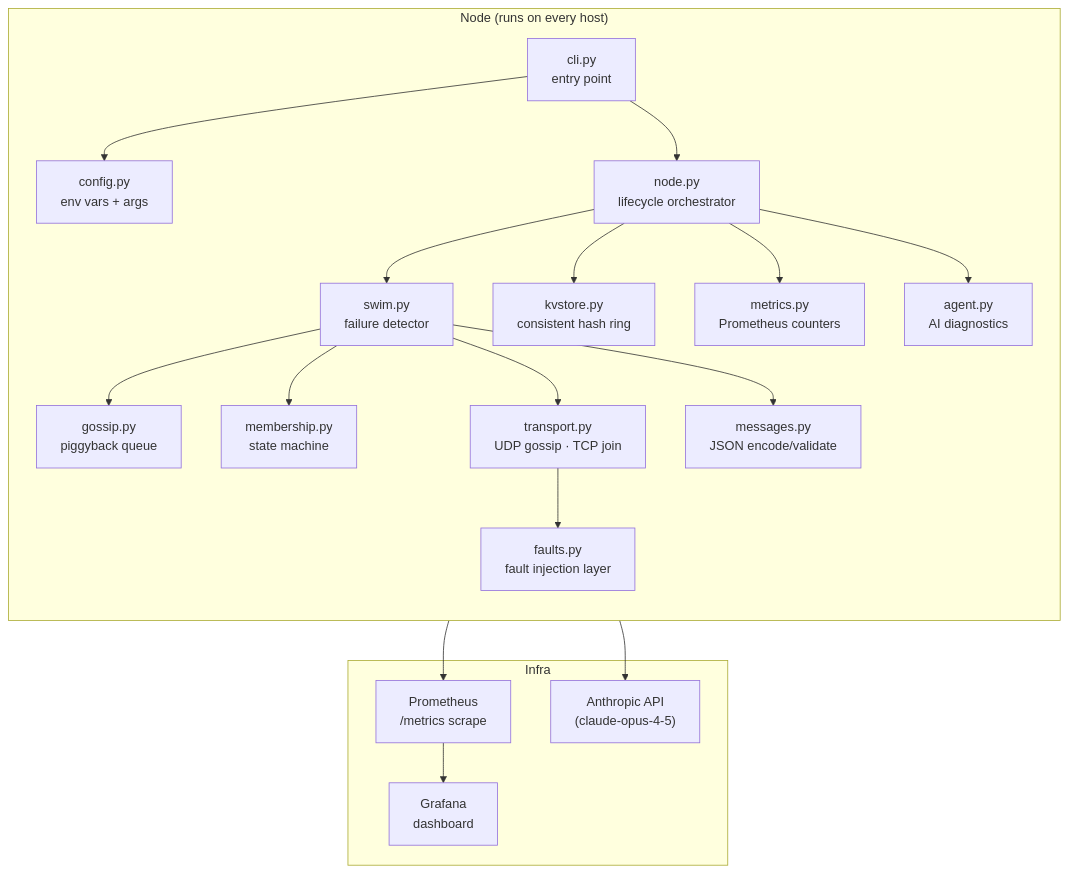
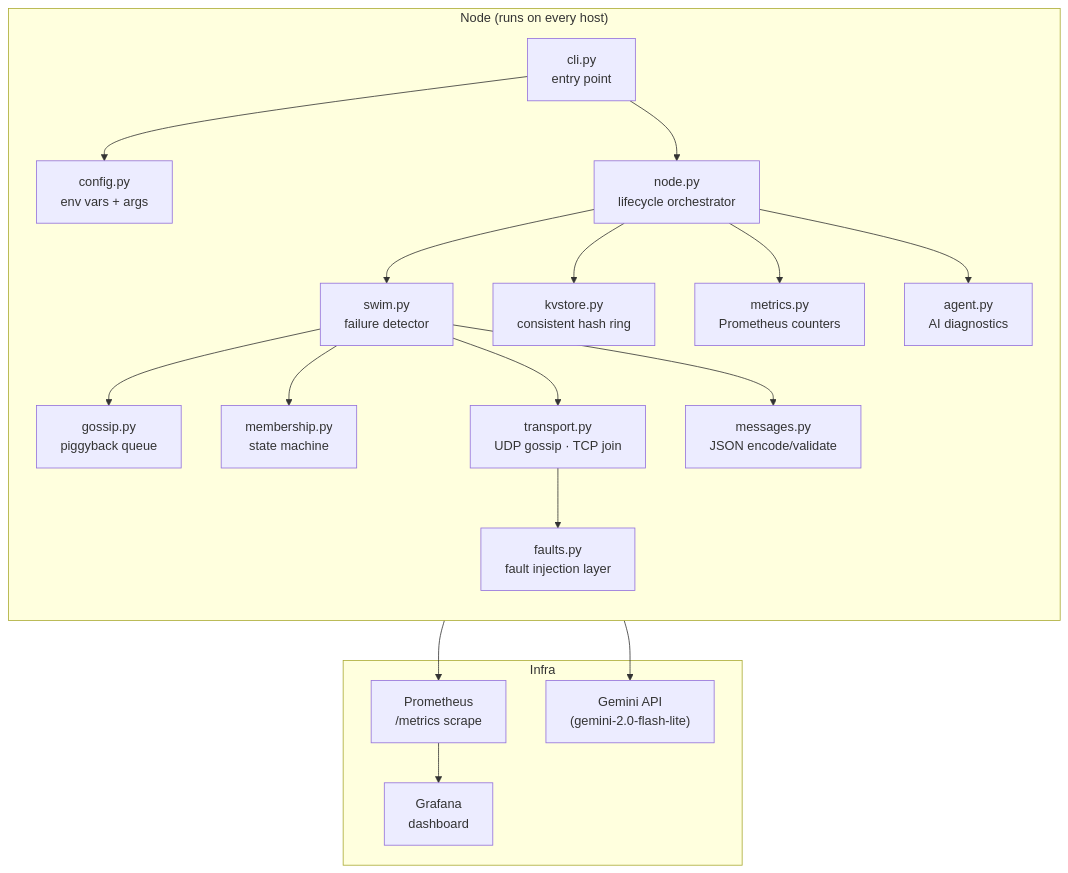
One commit to sayan23bcy6/SwimCluster changed the diagram in README.md. Above: the diagram before and after it, drawn with Mermaid. The commit also changed other lines of this file and 4 other files, not shown here.

````diff
--- a/README.md
+++ b/README.md
@@ -12,39 +12,39 @@
 ```mermaid
 flowchart TD
     subgraph Node["Node (runs on every host)"]
         direction TB
         CLI["cli.py\nentry point"]
         CFG["config.py\nenv vars + args"]
         NODE["node.py\nlifecycle orchestrator"]
         SWIM["swim.py\nfailure detector"]
         GOSSIP["gossip.py\npiggyback queue"]
         MEMBER["membership.py\nstate machine"]
         TRANSPORT["transport.py\nUDP gossip · TCP join"]
         FAULTS["faults.py\nfault injection layer"]
         KV["kvstore.py\nconsistent hash ring"]
         METRICS["metrics.py\nPrometheus counters"]
         AGENT["agent.py\nAI diagnostics"]
         MSG["messages.py\nJSON encode/validate"]
     end
 
     CLI --> CFG
     CLI --> NODE
     NODE --> SWIM
     NODE --> KV
     NODE --> METRICS
     SWIM --> GOSSIP
     SWIM --> MEMBER
     SWIM --> TRANSPORT
     SWIM --> MSG
     TRANSPORT --> FAULTS
     NODE --> AGENT
 
     subgraph Infra
         PROM["Prometheus\n/metrics scrape"]
         GRAF["Grafana\ndashboard"]
-        LLM["Anthropic API\n(claude-opus-4-5)"]
+        LLM["Gemini API\n(gemini-2.0-flash-lite)"]
     end
 
     METRICS --> PROM --> GRAF
     AGENT --> LLM
 ```
````
